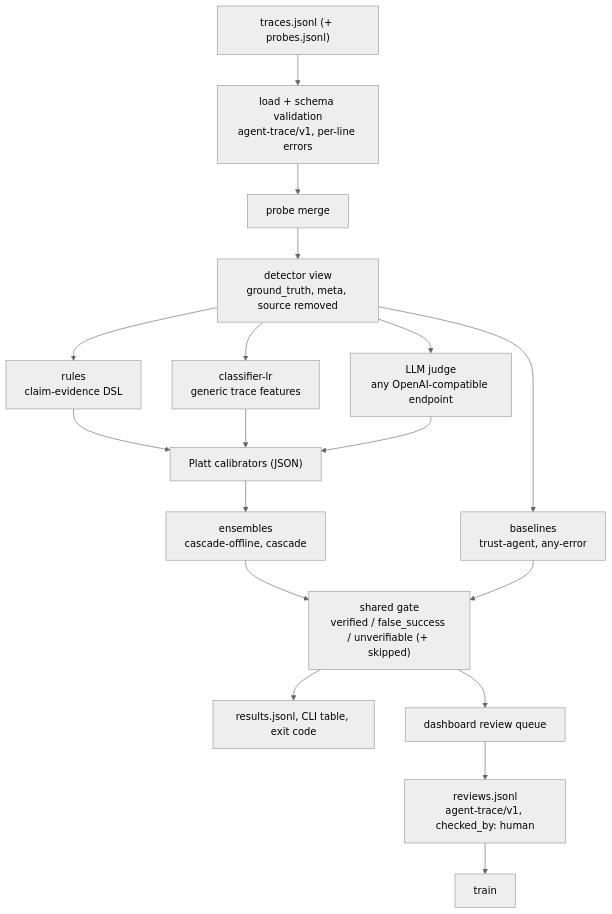
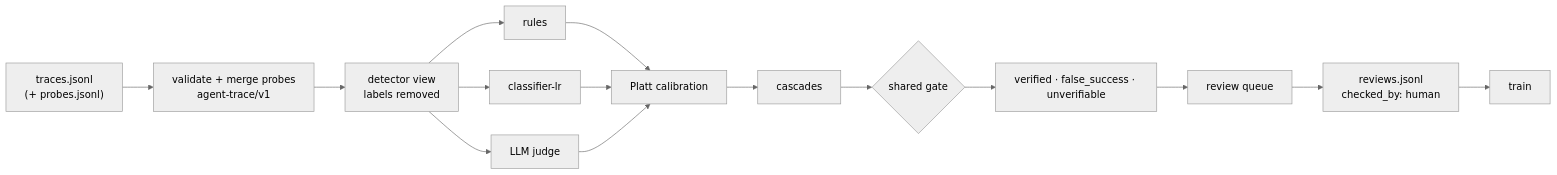
Before and after one commit to B0yko/agent-claimcheck: the diagram in README.md, drawn with Mermaid (neutral theme). The commit also changed other lines of this file and 3 other files, not shown here.

````diff
--- a/README.md
+++ b/README.md
@@ -60,18 +64,13 @@
 ```mermaid
-flowchart TD
-    A["traces.jsonl (+ probes.jsonl)"] --> B["load + schema validation<br/>agent-trace/v1, per-line errors"]
-    B --> C["probe merge"]
-    C --> D["detector view<br/>ground_truth, meta, source removed"]
-    D --> E1["rules<br/>claim-evidence DSL"]
-    D --> E2["classifier-lr<br/>generic trace features"]
-    D --> E3["LLM judge<br/>any OpenAI-compatible endpoint"]
-    D --> E4["baselines<br/>trust-agent, any-error"]
-    E1 & E2 & E3 --> F["Platt calibrators (JSON)"]
-    F --> G["ensembles<br/>cascade-offline, cascade"]
-    G --> H["shared gate<br/>verified / false_success / unverifiable (+ skipped)"]
-    E4 --> H
-    H --> I["results.jsonl, CLI table, exit code"]
-    H --> J["dashboard review queue"]
-    J --> K["reviews.jsonl<br/>agent-trace/v1, checked_by: human"]
-    K --> L["train"]
+flowchart LR
+    A["traces.jsonl<br/>(+ probes.jsonl)"] --> B["validate + merge probes<br/>agent-trace/v1"]
+    B --> C["detector view<br/>labels removed"]
+    C --> R["rules"]
+    C --> K["classifier-lr"]
+    C --> J["LLM judge"]
+    R & K & J --> P["Platt calibration"]
+    P --> E["cascades"]
+    E --> G{"shared gate"}
+    G --> V["verified · false_success · unverifiable"]
+    V --> Q["review queue"] --> H["reviews.jsonl<br/>checked_by: human"] --> T["train"]
 ```
````
